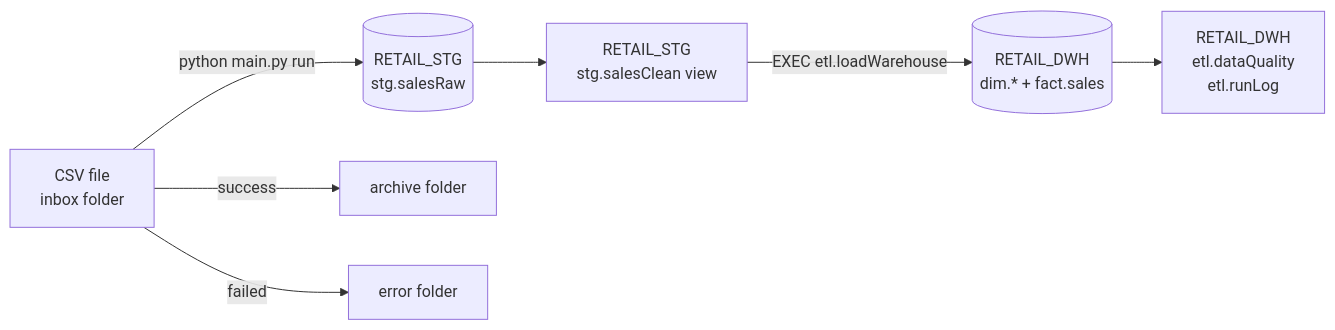
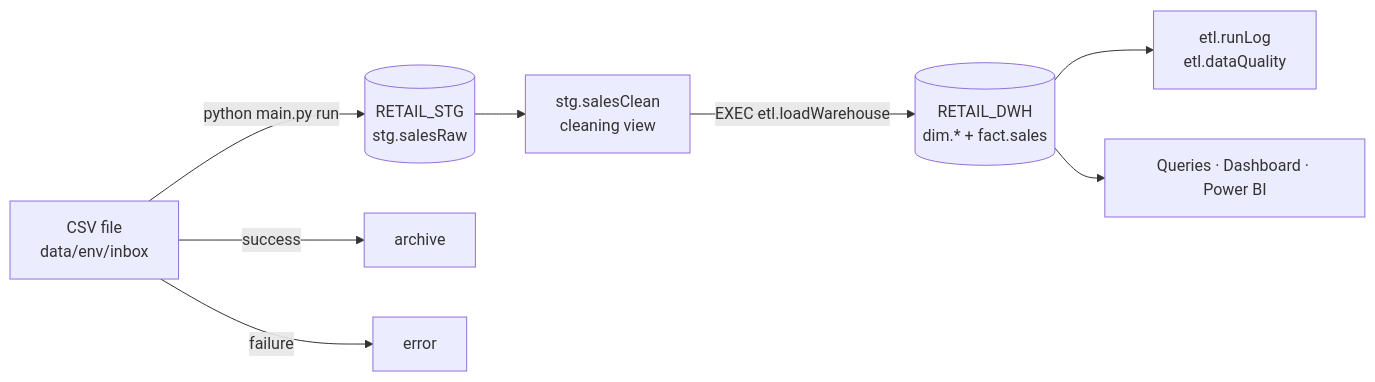
One commit to KetroSithole/RetailCo-ketro-sithole-2026 changed the first of 3 diagrams in readme.md. Above: the diagram before and after it, drawn with Mermaid. The commit also changed other lines of this file and 1 other file, not shown here.

````diff
--- a/readme.md
+++ b/readme.md
@@ -40,9 +60,10 @@
 ```mermaid
 flowchart LR
-    A[CSV file<br/>inbox folder] -->|python main.py run| B[(RETAIL_STG<br/>stg.salesRaw)]
-    B --> C[RETAIL_STG<br/>stg.salesClean view]
+    A[CSV file<br/>data/env/inbox] -->|python main.py run| B[(RETAIL_STG<br/>stg.salesRaw)]
+    B --> C[stg.salesClean<br/>cleaning view]
     C -->|EXEC etl.loadWarehouse| D[(RETAIL_DWH<br/>dim.* + fact.sales)]
-    D --> E[RETAIL_DWH<br/>etl.dataQuality<br/>etl.runLog]
-    A -->|success| F[archive folder]
-    A -->|failed| G[error folder]
+    D --> E[etl.runLog<br/>etl.dataQuality]
+    D --> F[Queries · Dashboard · Power BI]
+    A -->|success| G[archive]
+    A -->|failure| H[error]
 ```
````
